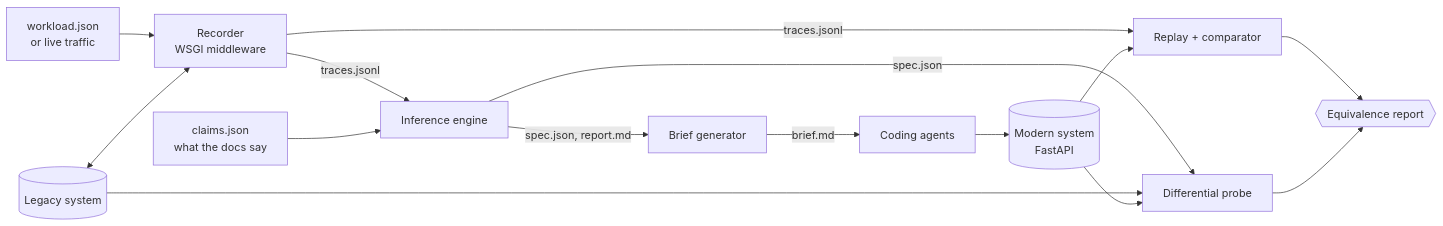
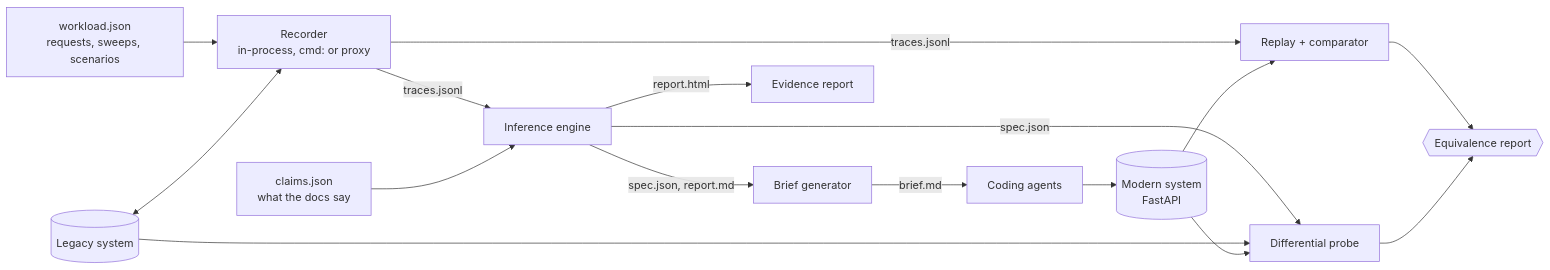
One commit to AkshayTallikar/software-archaeology changed the diagram in README.md. Above: the diagram before and after it, drawn with Mermaid. The commit also changed other lines of this file and 1 other file, not shown here.

````diff
--- a/README.md
+++ b/README.md
@@ -55,17 +98,18 @@
 ```mermaid
 flowchart LR
-    W[workload.json<br/>or live traffic] --> R[Recorder<br/>WSGI middleware]
+    W[workload.json<br/>requests, sweeps, scenarios] --> R[Recorder<br/>in-process, cmd: or proxy]
     L[(Legacy system)] <--> R
     R -->|traces.jsonl| I[Inference engine]
     C[claims.json<br/>what the docs say] --> I
     I -->|spec.json, report.md| B[Brief generator]
     B -->|brief.md| A[Coding agents]
+    I -->|report.html| H[Evidence report]
     A --> M[(Modern system<br/>FastAPI)]
     R -->|traces.jsonl| P[Replay + comparator]
     M --> P
     P --> E{{Equivalence report}}
     I -->|spec.json| D[Differential probe]
     L --> D
     M --> D
     D --> E
 ```
````
